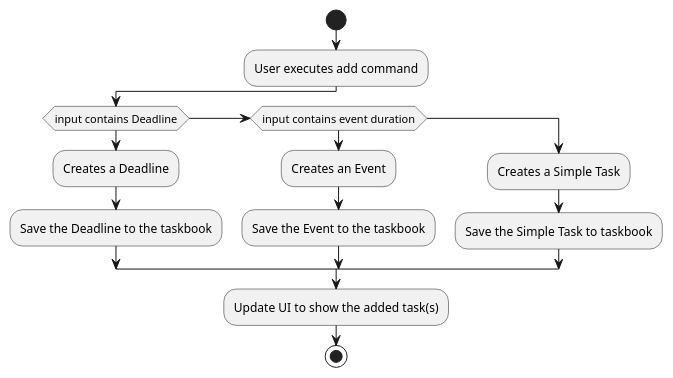
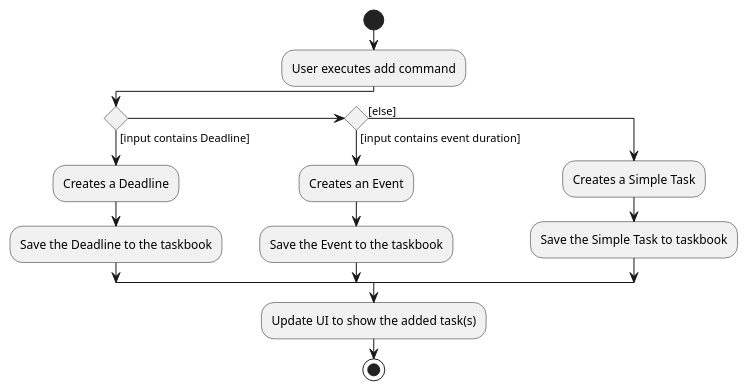
One commit to nus-cs2103-AY2223S2/tp changed the diagram in docs/diagrams/AddActivityDiagram.puml. Above: the diagram before and after it, drawn with PlantUML.

```diff
--- a/docs/diagrams/AddActivityDiagram.puml
+++ b/docs/diagrams/AddActivityDiagram.puml
@@ -1,27 +1,27 @@
 @startuml
 start
 :User executes add command;
 
 'Since the beta syntax does not support placing the condition outside the
 'diamond we place it as the true branch instead.
 
-if (input contains Deadline)
+if ()  then ([input contains Deadline])
      :Creates a Deadline;
      :Save the Deadline to the taskbook;
 
-elseif (input contains event duration)
+elseif () then ([input contains event duration])
 
     :Creates an Event;
     :Save the Event to the taskbook;
 
-else ()
+else ([else])
 
     :Creates a Simple Task;
     :Save the Simple Task to taskbook;
 
 
 
 endif
 :Update UI to show the added task(s);
 stop
 @enduml
```
